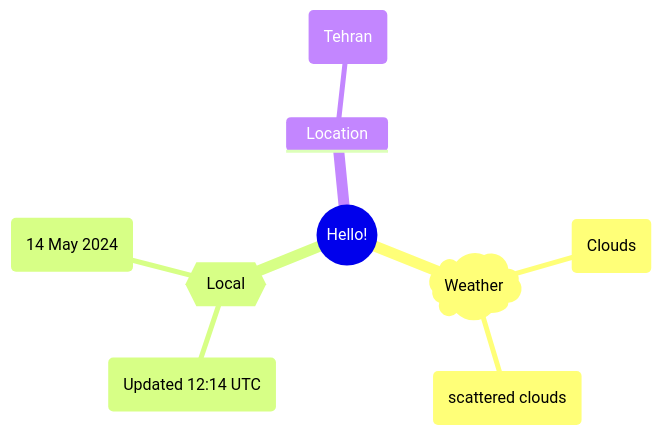
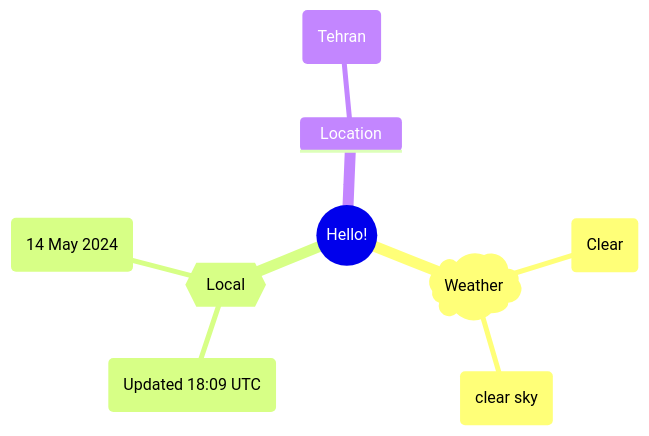
Before and after one commit to Xosrov/Xosrov: the first of 2 diagrams in README.md, drawn with Mermaid.

Commit message:
[bot] updated images

````diff
--- a/README.md
+++ b/README.md
@@ -3,12 +3,12 @@
 ```mermaid
 mindmap
   root((Hello!))
     )Weather(
-        (Clouds)
-        (scattered clouds)
+        (Clear)
+        (clear sky)
     {{Local}}
-        (Updated 12:14 UTC)
+        (Updated 18:09 UTC)
         (14 May 2024)
     Location
         (Tehran)
 ```
````
